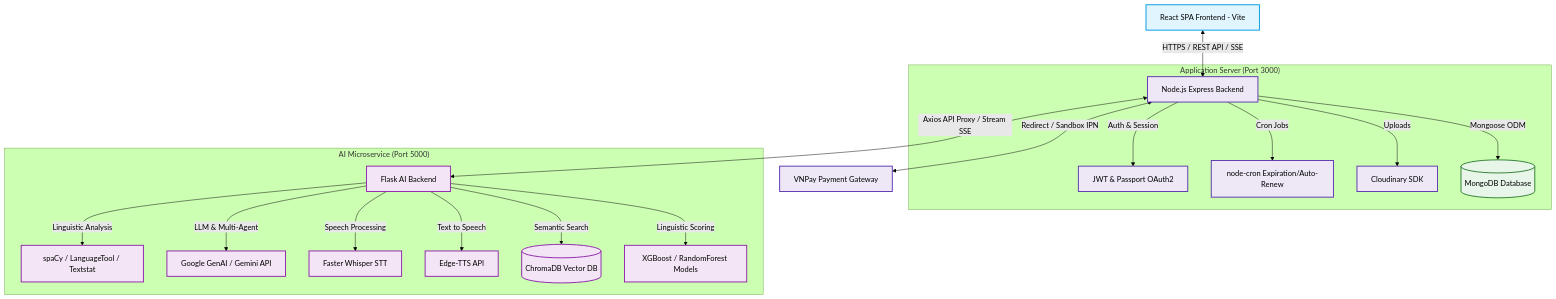
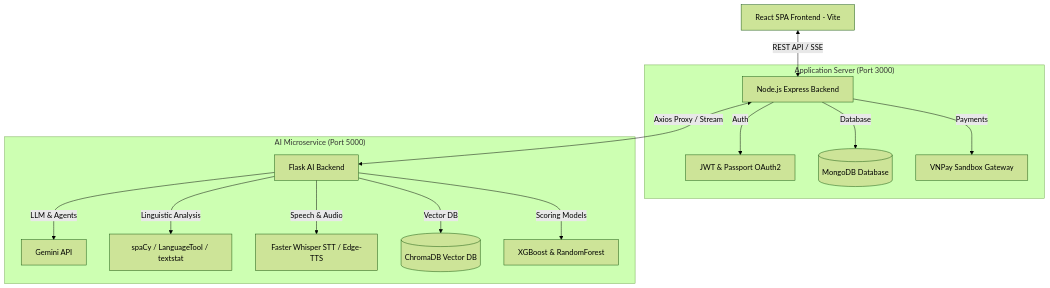
Before and after one commit to phuccka12/DoanThuctap: the diagram in README.md, drawn with Mermaid (forest theme). The commit also changed other lines of this file, not shown here.

````diff
--- a/README.md
+++ b/README.md
@@ -27,40 +17,20 @@
 ```mermaid
 graph TD
-    %% Clients
-    Client[React SPA Frontend - Vite] <-->|HTTPS / REST API / SSE| NodeServer[Node.js Express Backend]
+    Client[React SPA Frontend - Vite] <-->|REST API / SSE| NodeServer[Node.js Express Backend]
     
-    %% Backend Node.js
     subgraph "Application Server (Port 3000)"
-        NodeServer -->|Auth & Session| JWT[JWT & Passport OAuth2]
-        NodeServer -->|Cron Jobs| Scheduler[node-cron Expiration/Auto-Renew]
-        NodeServer -->|Uploads| Cloudinary[Cloudinary SDK]
-        NodeServer -->|Mongoose ODM| MongoDb[(MongoDB Database)]
+        NodeServer -->|Auth| JWT[JWT & Passport OAuth2]
+        NodeServer -->|Database| MongoDb[(MongoDB Database)]
+        NodeServer -->|Payments| VNPay[VNPay Sandbox Gateway]
     end
     
-    %% AI Pipeline
     subgraph "AI Microservice (Port 5000)"
-        PythonServer[Flask AI Backend] -->|Linguistic Analysis| Spacy[spaCy / LanguageTool / Textstat]
-        PythonServer -->|LLM & Multi-Agent| Gemini[Google GenAI / Gemini API]
-        PythonServer -->|Speech Processing| Whisper[Faster Whisper STT]
-        PythonServer -->|Text to Speech| EdgeTTS[Edge-TTS API]
-        PythonServer -->|Semantic Search| ChromaDB[(ChromaDB Vector DB)]
-        PythonServer -->|Linguistic Scoring| MLModels[XGBoost / RandomForest Models]
+        PythonServer[Flask AI Backend] -->|LLM & Agents| Gemini[Gemini API]
+        PythonServer -->|Linguistic Analysis| Spacy[spaCy / LanguageTool / textstat]
+        PythonServer -->|Speech & Audio| Whisper[Faster Whisper STT / Edge-TTS]
+        PythonServer -->|Vector DB| ChromaDB[(ChromaDB Vector DB)]
+        PythonServer -->|Scoring Models| MLModels[XGBoost & RandomForest]
     end
     
-    %% Communication Between Servers
-    NodeServer <-->|Axios API Proxy / Stream SSE| PythonServer
-    
-    %% Payment Gateways
-    NodeServer <-->|Redirect / Sandbox IPN| VNPay[VNPay Payment Gateway]
-
-    %% Styling
-    classDef client fill:#e1f5fe,stroke:#039be5,stroke-width:2px;
-    classDef node fill:#ede7f6,stroke:#5e35b1,stroke-width:2px;
-    classDef python fill:#f3e5f5,stroke:#8e24aa,stroke-width:2px;
-    classDef db fill:#e8f5e9,stroke:#2e7d32,stroke-width:2px;
-    
-    class Client client;
-    class NodeServer,JWT,Scheduler,Cloudinary node;
-    class PythonServer,Spacy,Gemini,Whisper,EdgeTTS,ChromaDB,MLModels python;
-    class MongoDb db;
+    NodeServer <-->|Axios Proxy / Stream| PythonServer
 ```
````
